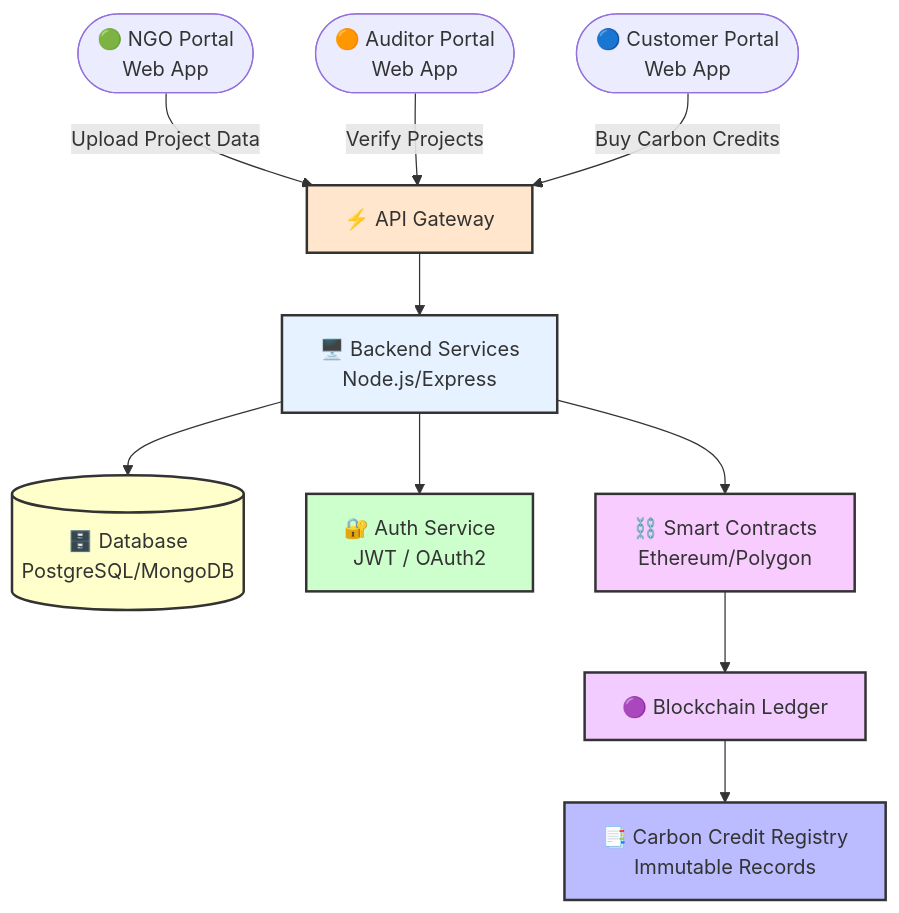
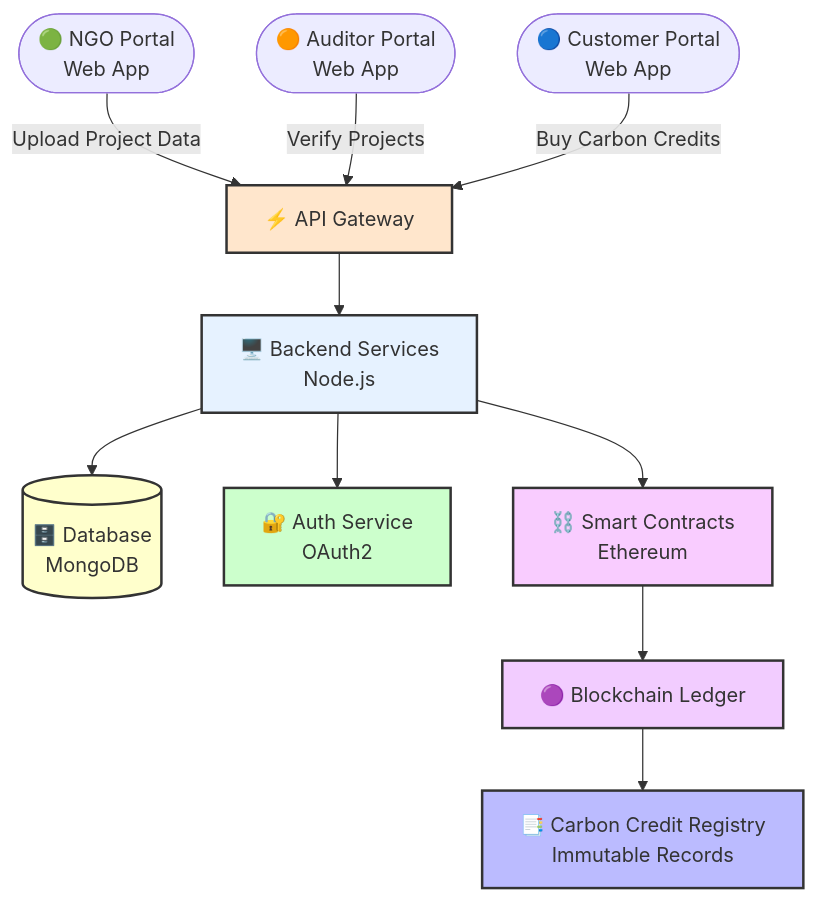
One commit to Himanshu7921/Blue-Carbon-Prototype changed the diagram in README.md. Above: the diagram before and after it, drawn with Mermaid.

Commit message:
Updated System Architecture Flowchart in README

`````diff
--- a/README.md
+++ b/README.md
@@ -19,27 +19,27 @@
 ```mermaid
 flowchart TD
     %% Frontend Layer
     NGO([🟢 NGO Portal<br/>Web App]) --> |Upload Project Data| API[⚡ API Gateway]
     Auditor([🟠 Auditor Portal<br/>Web App]) --> |Verify Projects| API
     Customer([🔵 Customer Portal<br/>Web App]) --> |Buy Carbon Credits| API
 
     %% Backend Layer
-    API --> BE[🖥️ Backend Services<br/>Node.js/Express]
-    BE --> DB[(🗄️ Database<br/>PostgreSQL/MongoDB)]
-    BE --> AUTH[🔐 Auth Service<br/>JWT / OAuth2]
+    API --> BE[🖥️ Backend Services<br/>Node.js]
+    BE --> DB[(🗄️ Database<br/>MongoDB)]
+    BE --> AUTH[🔐 Auth Service<br/>OAuth2]
 
     %% Blockchain Layer
-    BE --> SC[⛓️ Smart Contracts<br/>Ethereum/Polygon]
+    BE --> SC[⛓️ Smart Contracts<br/>Ethereum]
     SC --> BC[🟣 Blockchain Ledger]
     BC --> REG[📑 Carbon Credit Registry<br/>Immutable Records]
 
     %% Styling
     style API fill:#ffe6cc,stroke:#333,stroke-width:2px
     style BE fill:#e6f2ff,stroke:#333,stroke-width:2px
     style DB fill:#ffffcc,stroke:#333,stroke-width:2px
     style AUTH fill:#ccffcc,stroke:#333,stroke-width:2px
     style SC fill:#f9ccff,stroke:#333,stroke-width:2px
     style BC fill:#f2ccff,stroke:#333,stroke-width:2px
     style REG fill:#bbf,stroke:#333,stroke-width:2px
 
 ````
`````
